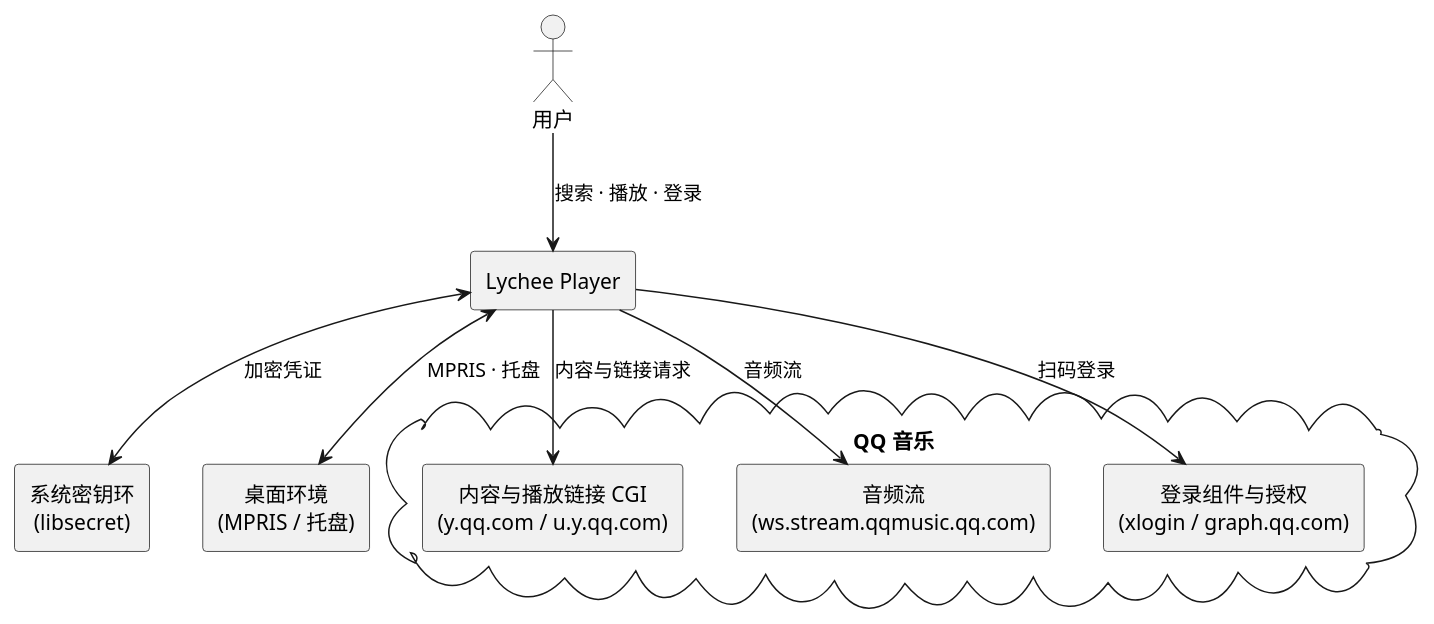
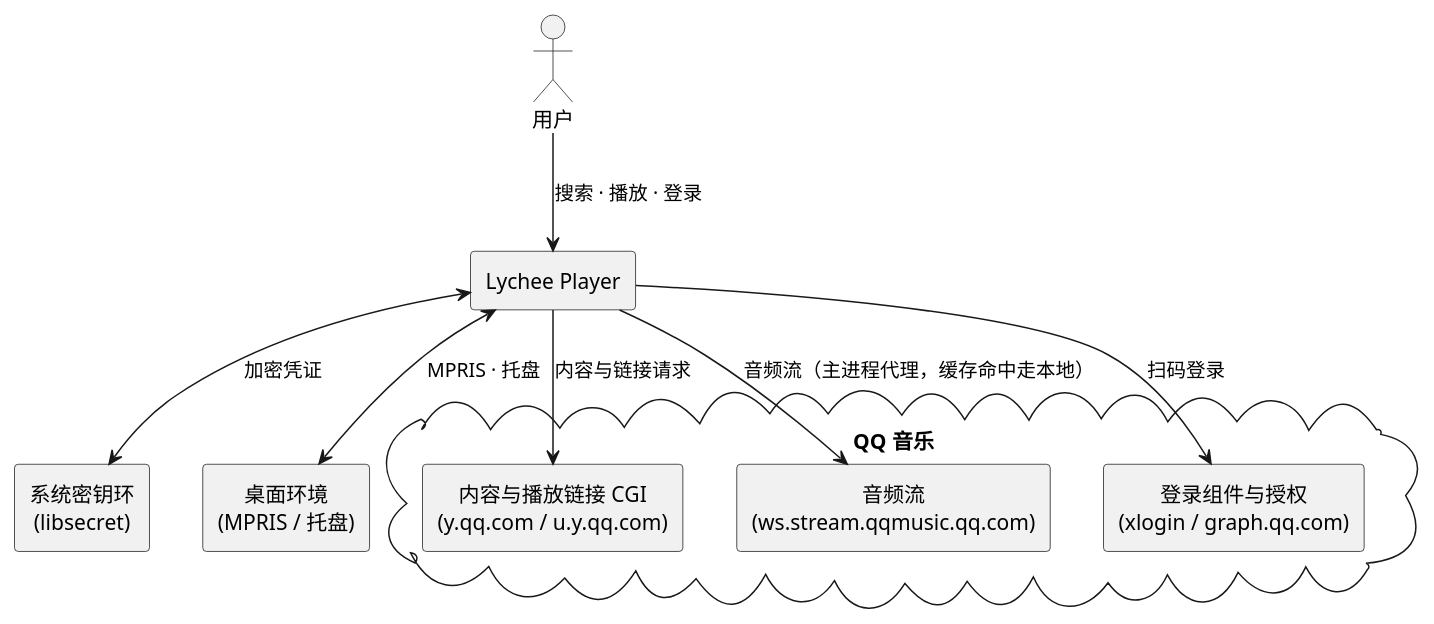
The diagram in diagram/general-architecture.puml (54m43lJ/LycheePlayer), drawn with PlantUML before and after one commit. The commit also changed 12 other files, not shown here.

```diff
--- a/diagram/general-architecture.puml
+++ b/diagram/general-architecture.puml
@@ -1,24 +1,24 @@
 @startuml general-architecture
 skinparam componentStyle rectangle
 skinparam defaultTextAlignment center
 skinparam shadowing false
 
 actor "用户" as U
 component "Lychee Player" as APP
 
 cloud "QQ 音乐" {
   [内容与播放链接 CGI\n(y.qq.com / u.y.qq.com)] as API
   [音频流\n(ws.stream.qqmusic.qq.com)] as STREAM
   [登录组件与授权\n(xlogin / graph.qq.com)] as LOGIN
 }
 
 component "系统密钥环\n(libsecret)" as KEYRING
 component "桌面环境\n(MPRIS / 托盘)" as DESKTOP
 
 U --> APP : 搜索 · 播放 · 登录
 APP --> API : 内容与链接请求
 APP --> LOGIN : 扫码登录
-APP --> STREAM : 音频流
+APP --> STREAM : 音频流（主进程代理，缓存命中走本地）
 APP <--> KEYRING : 加密凭证
 APP <--> DESKTOP : MPRIS · 托盘
 @enduml
```
